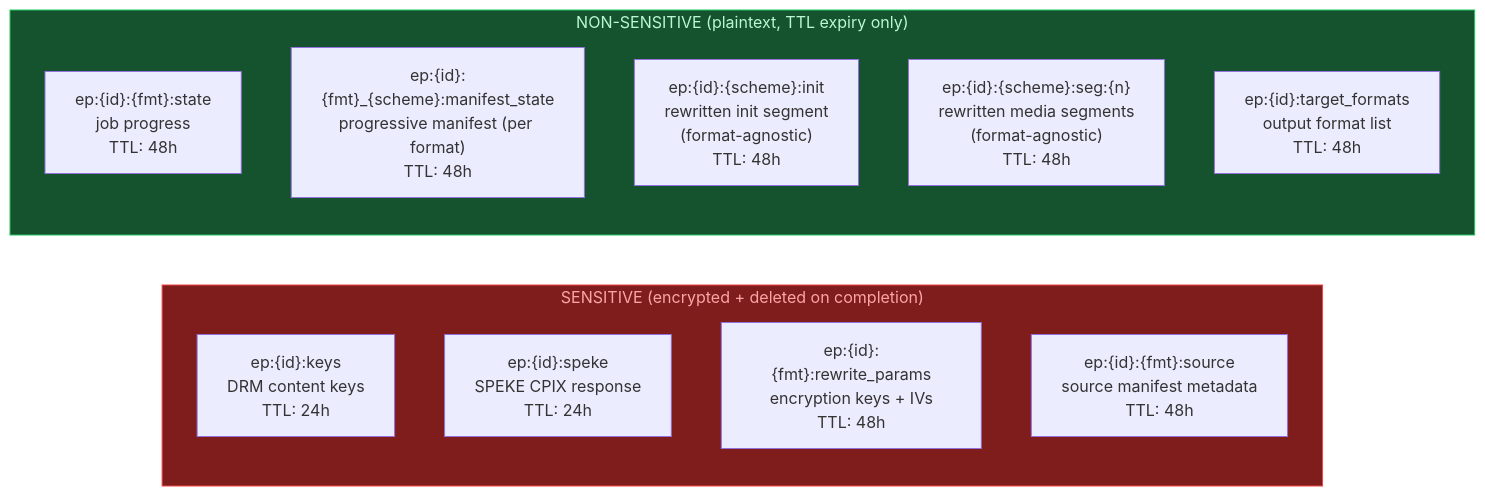
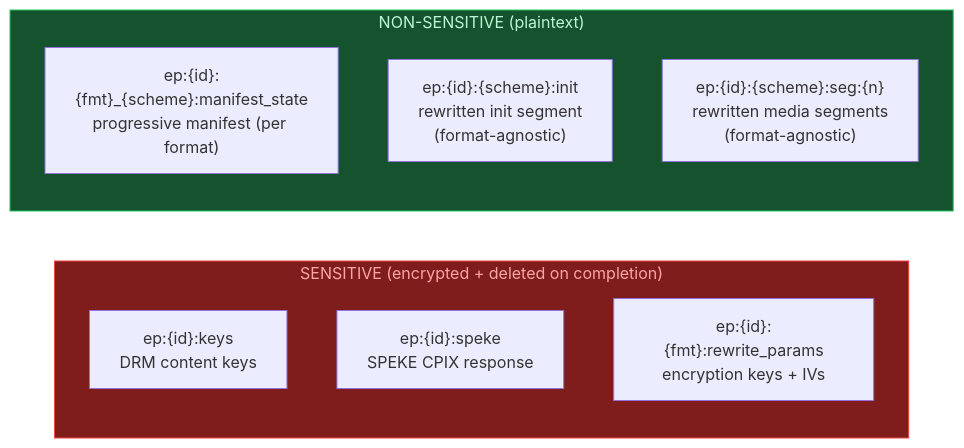
One commit to adrums86/edgepack changed the seventh of 11 diagrams in docs/architecture.md. Above: the diagram before and after it, drawn with Mermaid. The commit also changed other lines of this file and 37 other files, not shown here.

````diff
--- a/docs/architecture.md
+++ b/docs/architecture.md
@@ -315,19 +289,16 @@
 ```mermaid
 graph LR
     subgraph Sensitive["SENSITIVE (encrypted + deleted on completion)"]
         style Sensitive fill:#7F1D1D,stroke:#EF4444,color:#FCA5A5
-        K1["ep:{id}:keys<br/>DRM content keys<br/>TTL: 24h"]
-        K2["ep:{id}:speke<br/>SPEKE CPIX response<br/>TTL: 24h"]
-        K3["ep:{id}:{fmt}:rewrite_params<br/>encryption keys + IVs<br/>TTL: 48h"]
-        K4["ep:{id}:{fmt}:source<br/>source manifest metadata<br/>TTL: 48h"]
+        K1["ep:{id}:keys<br/>DRM content keys"]
+        K2["ep:{id}:speke<br/>SPEKE CPIX response"]
+        K3["ep:{id}:{fmt}:rewrite_params<br/>encryption keys + IVs"]
     end
 
-    subgraph NonSensitive["NON-SENSITIVE (plaintext, TTL expiry only)"]
+    subgraph NonSensitive["NON-SENSITIVE (plaintext)"]
         style NonSensitive fill:#14532D,stroke:#22C55E,color:#BBF7D0
-        K5["ep:{id}:{fmt}:state<br/>job progress<br/>TTL: 48h"]
-        K6["ep:{id}:{fmt}_{scheme}:manifest_state<br/>progressive manifest (per format)<br/>TTL: 48h"]
-        K7["ep:{id}:{scheme}:init<br/>rewritten init segment<br/>(format-agnostic)<br/>TTL: 48h"]
-        K8["ep:{id}:{scheme}:seg:{n}<br/>rewritten media segments<br/>(format-agnostic)<br/>TTL: 48h"]
-        K9["ep:{id}:target_formats<br/>output format list<br/>TTL: 48h"]
+        K6["ep:{id}:{fmt}_{scheme}:manifest_state<br/>progressive manifest (per format)"]
+        K7["ep:{id}:{scheme}:init<br/>rewritten init segment<br/>(format-agnostic)"]
+        K8["ep:{id}:{scheme}:seg:{n}<br/>rewritten media segments<br/>(format-agnostic)"]
     end
 ```
````
